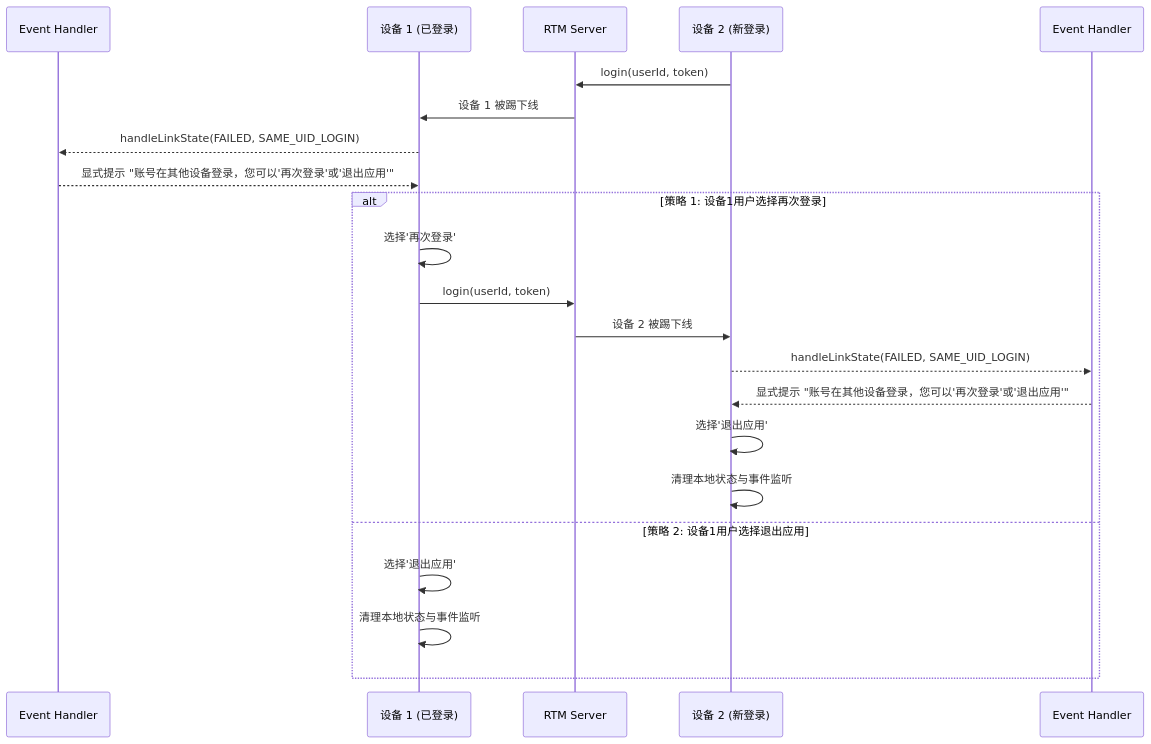
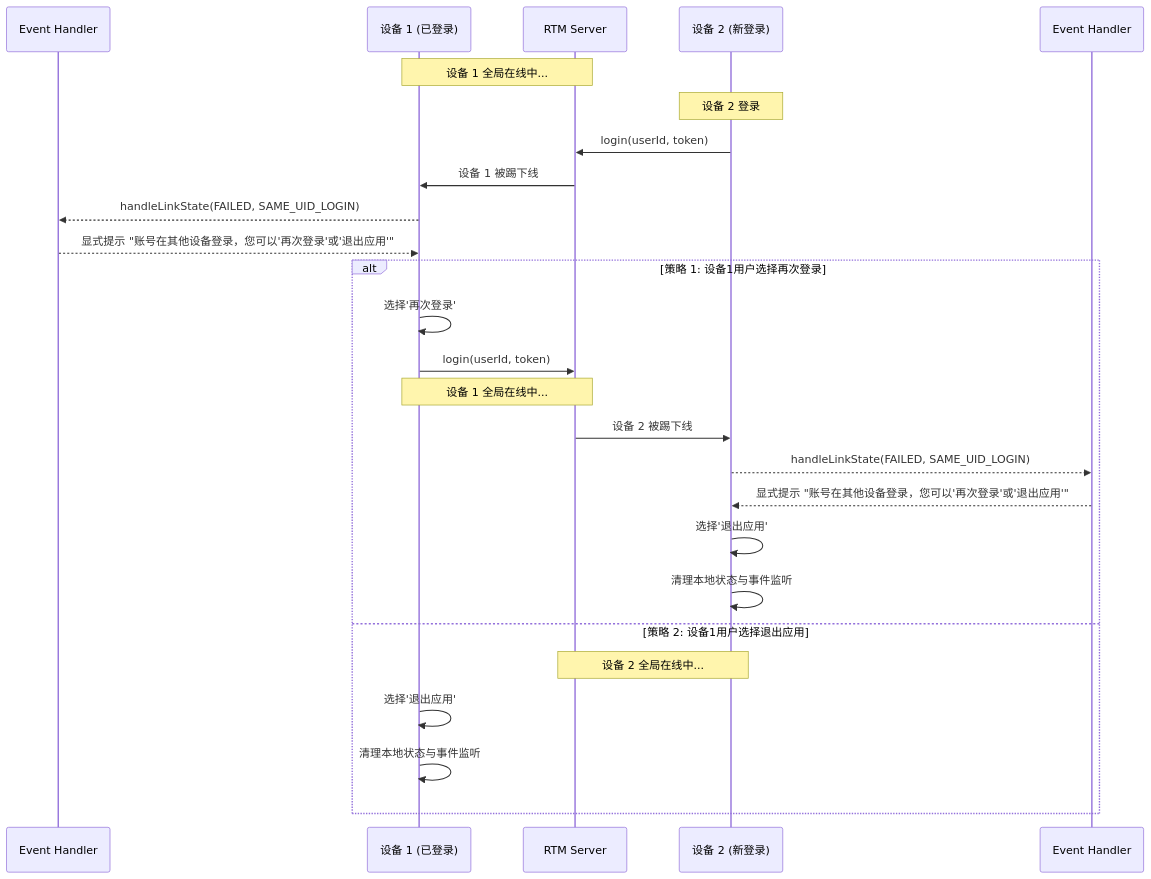
Before and after one commit to zhouxueqin0/WebRTM-Demos: the fifth of 5 diagrams in docs/RTM_INTEGRATION.md, drawn with Mermaid. The commit also changed other lines of this file and 35 other files, not shown here.

````diff
--- a/docs/RTM_INTEGRATION.md
+++ b/docs/RTM_INTEGRATION.md
@@ -241,26 +291,31 @@
 ```mermaid
 sequenceDiagram
     participant EventHandler1 as Event Handler
     participant Device1 as 设备 1 (已登录)
     participant RTMServer as RTM Server
     participant Device2 as 设备 2 (新登录)
     participant EventHandler2 as Event Handler
 
+    Note over Device1, RTMServer: 设备 1 全局在线中...
+
+    Note over Device2: 设备 2 登录
     Device2->>RTMServer: login(userId, token)
     RTMServer->>Device1: 设备 1 被踢下线
     Device1-->>EventHandler1: handleLinkState(FAILED, SAME_UID_LOGIN)
     EventHandler1-->>Device1: 显式提示 "账号在其他设备登录，您可以'再次登录'或'退出应用'"
 
     alt 策略 1: 设备1用户选择再次登录
         Device1->> Device1: 选择'再次登录'
         Device1->>RTMServer: login(userId, token)
+        Note over Device1, RTMServer: 设备 1 全局在线中...
         RTMServer->>Device2: 设备 2 被踢下线
         Device2-->>EventHandler2: handleLinkState(FAILED, SAME_UID_LOGIN)
         EventHandler2-->>Device2: 显式提示 "账号在其他设备登录，您可以'再次登录'或'退出应用'"
         Device2->> Device2: 选择'退出应用'
         Device2->>Device2: 清理本地状态与事件监听
     else 策略 2: 设备1用户选择退出应用
+        Note over Device2, RTMServer: 设备 2 全局在线中...
         Device1->> Device1: 选择'退出应用'
         Device1->>Device1: 清理本地状态与事件监听
     end
 ```
````
